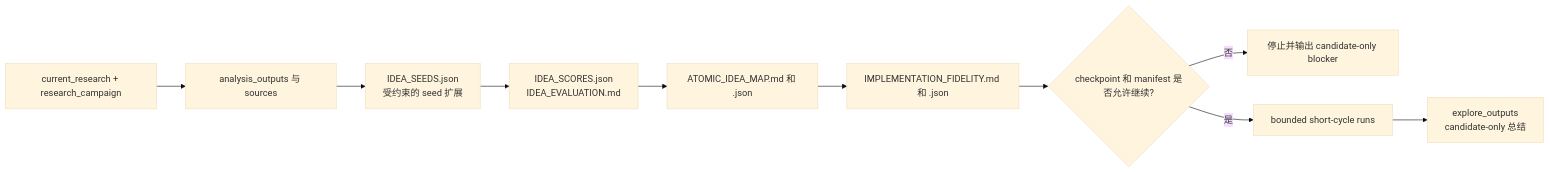
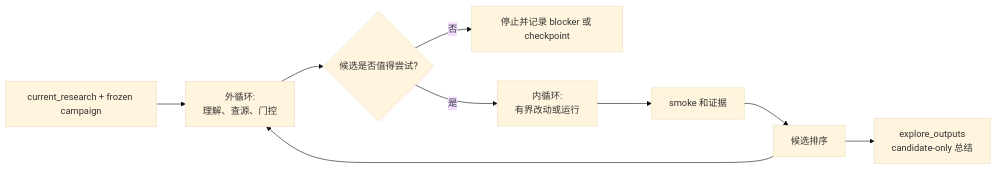
The third of 3 diagrams in README.zh-CN.md (DevZonayed/nexalance-skill-lllllllama-rigorpilot-skills), drawn with Mermaid (base theme) before and after one commit. The commit also changed other lines of this file and 21 other files, not shown here.

````diff
--- a/README.zh-CN.md
+++ b/README.zh-CN.md
@@ -242,12 +262,11 @@
 ```mermaid
 flowchart LR
-    A[current_research + research_campaign] --> B[analysis_outputs 与 sources]
-    B --> C[IDEA_SEEDS.json<br/>受约束的 seed 扩展]
-    C --> D[IDEA_SCORES.json<br/>IDEA_EVALUATION.md]
-    D --> E[ATOMIC_IDEA_MAP.md 和 .json]
-    E --> F[IMPLEMENTATION_FIDELITY.md 和 .json]
-    F --> G{checkpoint 和 manifest 是否允许继续?}
-    G -- 否 --> H[停止并输出 candidate-only blocker]
-    G -- 是 --> I[bounded short-cycle runs]
-    I --> J[explore_outputs<br/>candidate-only 总结]
+    A[current_research + frozen campaign] --> B[外循环:<br/>理解、查源、门控]
+    B --> C{候选是否值得尝试?}
+    C -- 否 --> D[停止并记录 blocker 或 checkpoint]
+    C -- 是 --> E[内循环:<br/>有界改动或运行]
+    E --> F[smoke 和证据]
+    F --> G[候选排序]
+    G --> B
+    G --> H[explore_outputs<br/>candidate-only 总结]
 ```
````
